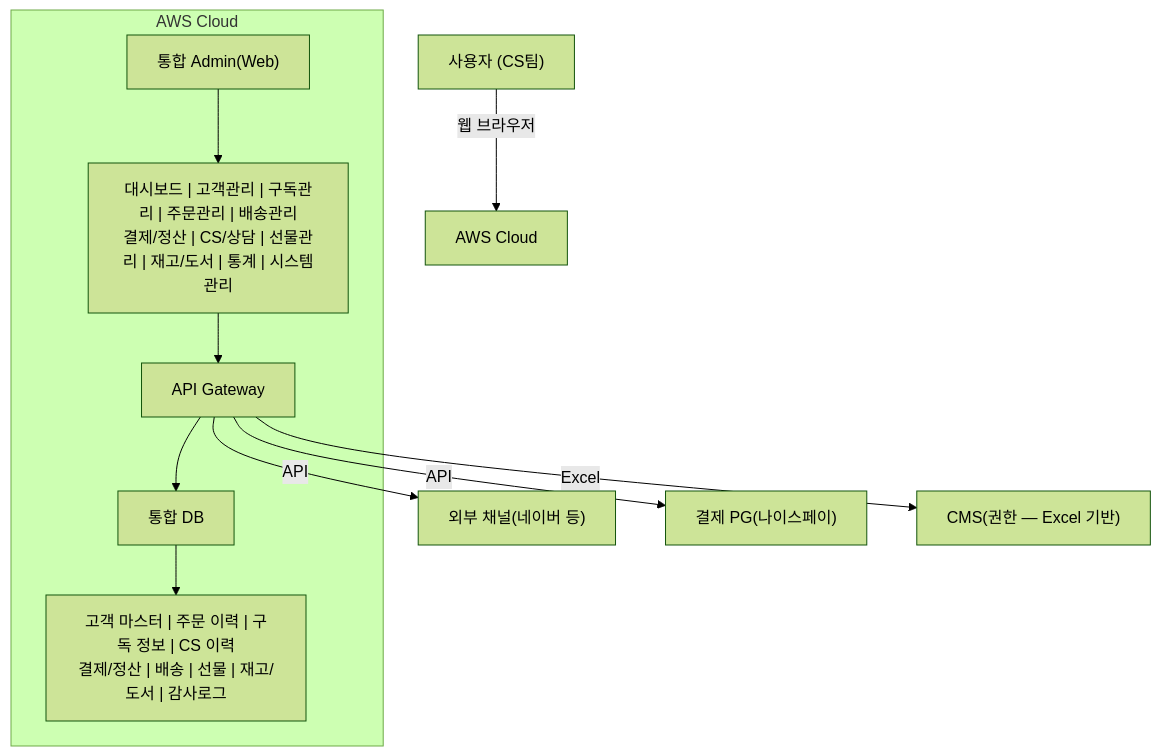
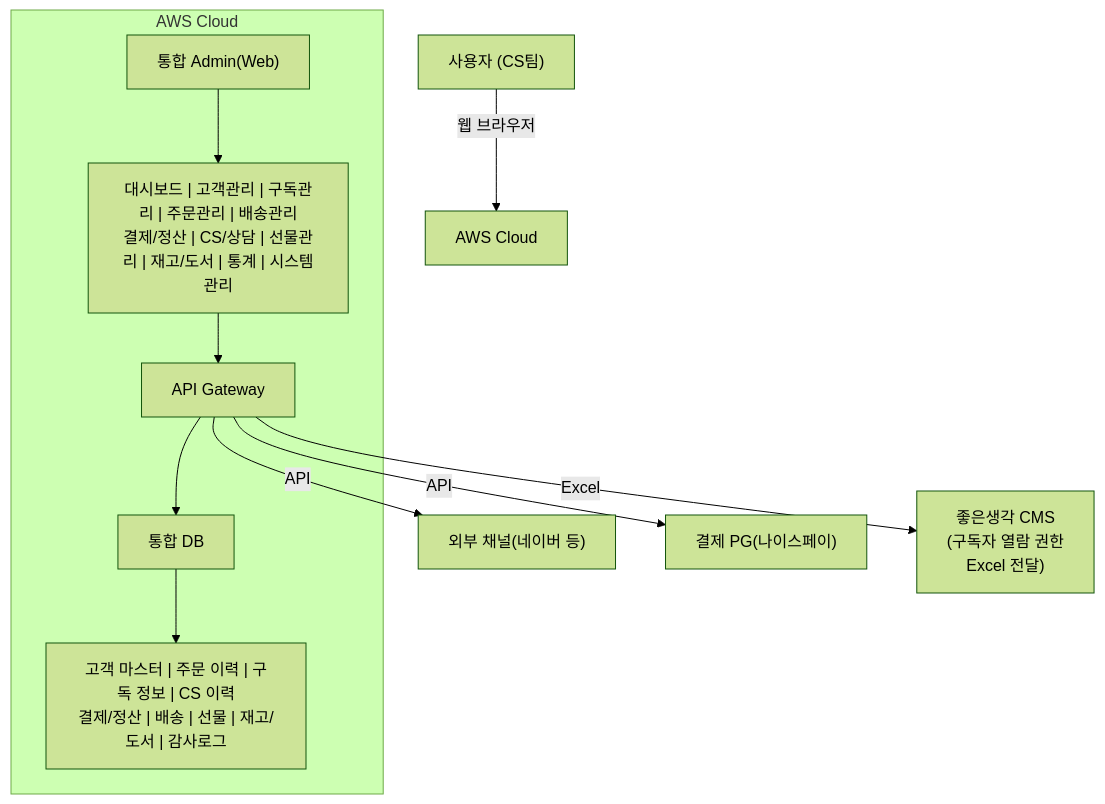
The second of 2 diagrams in src/content/docs/goodthinking-isp/04-design/index.md (sknkwoxs/manual-book), drawn with Mermaid (forest theme) before and after one commit. The commit also changed other lines of this file and 4 other files, not shown here.

````diff
--- a/src/content/docs/goodthinking-isp/04-design/index.md
+++ b/src/content/docs/goodthinking-isp/04-design/index.md
@@ -45,24 +45,24 @@
 ```mermaid
 graph TB
     User["사용자 (CS팀)"]
     User -->|웹 브라우저| GW["AWS Cloud"]
     
     subgraph AWS["AWS Cloud"]
         Admin["통합 Admin(Web)"]
         Admin_Modules["대시보드 | 고객관리 | 구독관리 | 주문관리 | 배송관리<br/>결제/정산 | CS/상담 | 선물관리 | 재고/도서 | 통계 | 시스템관리"]
         
         DB["통합 DB"]
         DB_Tables["고객 마스터 | 주문 이력 | 구독 정보 | CS 이력<br/>결제/정산 | 배송 | 선물 | 재고/도서 | 감사로그"]
         
         APIGateway["API Gateway"]
         
         Admin --> Admin_Modules
         Admin_Modules --> APIGateway
         APIGateway --> DB
         DB --> DB_Tables
     end
     
     APIGateway -->|API| Channel["외부 채널(네이버 등)"]
     APIGateway -->|API| PG["결제 PG(나이스페이)"]
-    APIGateway -->|Excel| CMS["CMS(권한 — Excel 기반)"]
+    APIGateway -->|Excel| CMS["좋은생각 CMS<br/>(구독자 열람 권한<br/>Excel 전달)"]
 ```
````
